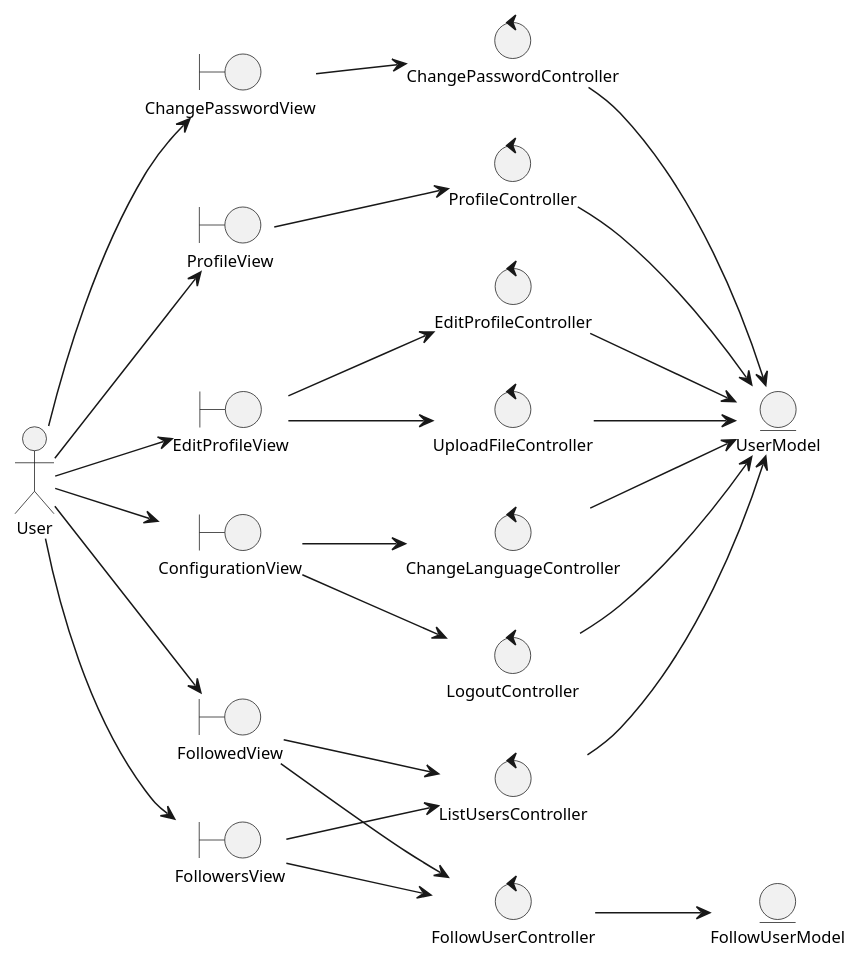
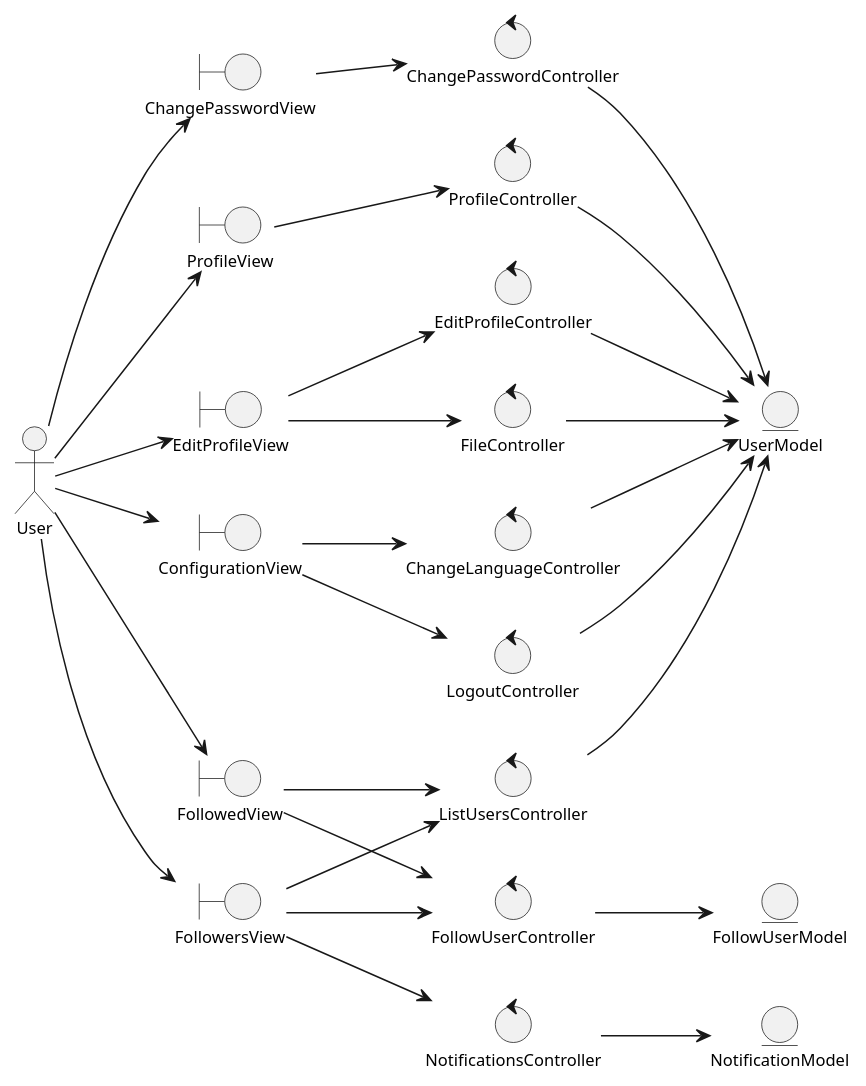
One commit to valeraruggierotesisucv/tesis-frameworks-mobile-diagrams changed the diagram in Análisis/Clases de Análisis/analysisClassDiagramUserManagement.plantuml. Above: the diagram before and after it, drawn with PlantUML. The commit also changed 14 other files, not shown here.

Commit message:
Update use case diagrams: renumber and reorganize use case identifiers across event management, social interactions, and user management packages

```diff
--- a/Análisis/Clases de Análisis/analysisClassDiagramUserManagement.plantuml
+++ b/Análisis/Clases de Análisis/analysisClassDiagramUserManagement.plantuml
@@ -1,56 +1,59 @@
 @startuml analysisClassDiagramUserManagement
 skinparam style strictuml
 left to right direction
 skinparam defaultTextAlignment center
 skinparam defaultFontSize 11
 
 actor "User" as user
 
 entity "UserModel" as userModel
 entity "FollowUserModel" as followUserModel
+entity "NotificationModel" as notificationModel
 
 boundary "ProfileView" as profileView
 boundary "EditProfileView" as editProfileView
 boundary "ConfigurationView" as configurationView
 boundary "ChangePasswordView" as changePasswordView
 boundary "FollowersView" as followersView
 boundary "FollowedView" as followedView
 
 control "ProfileController" as profileController
 control "EditProfileController" as editProfileController
 control "ChangeLanguageController" as changeLanguageController
 control "ChangePasswordController" as changePasswordController
 control "ListUsersController" as listUsersController
 control "LogoutController" as logoutController
-control "UploadFileController" as uploadFileController
+control "FileController" as fileController
 control "LogoutController" as logoutController
 control "FollowUserController" as followUserController
+control "NotificationsController" as notificationsController
 
 user --> profileView
 user --> editProfileView
 user --> configurationView
 user --> changePasswordView
 user --> followersView
 user --> followedView
 
 profileView --> profileController
 editProfileView --> editProfileController
-editProfileView --> uploadFileController
+editProfileView --> fileController
 configurationView --> changeLanguageController
 configurationView --> logoutController
 changePasswordView --> changePasswordController
 followersView --> listUsersController
+followersView --> followUserController
+followersView --> notificationsController
 followedView --> listUsersController
-followersView --> followUserController
 followedView --> followUserController
-
 profileController --> userModel
 editProfileController --> userModel
 changeLanguageController --> userModel
 changePasswordController --> userModel
 listUsersController --> userModel
 logoutController --> userModel
-uploadFileController --> userModel
+fileController --> userModel
 followUserController --> followUserModel
+notificationsController --> notificationModel
 
 @enduml
```
